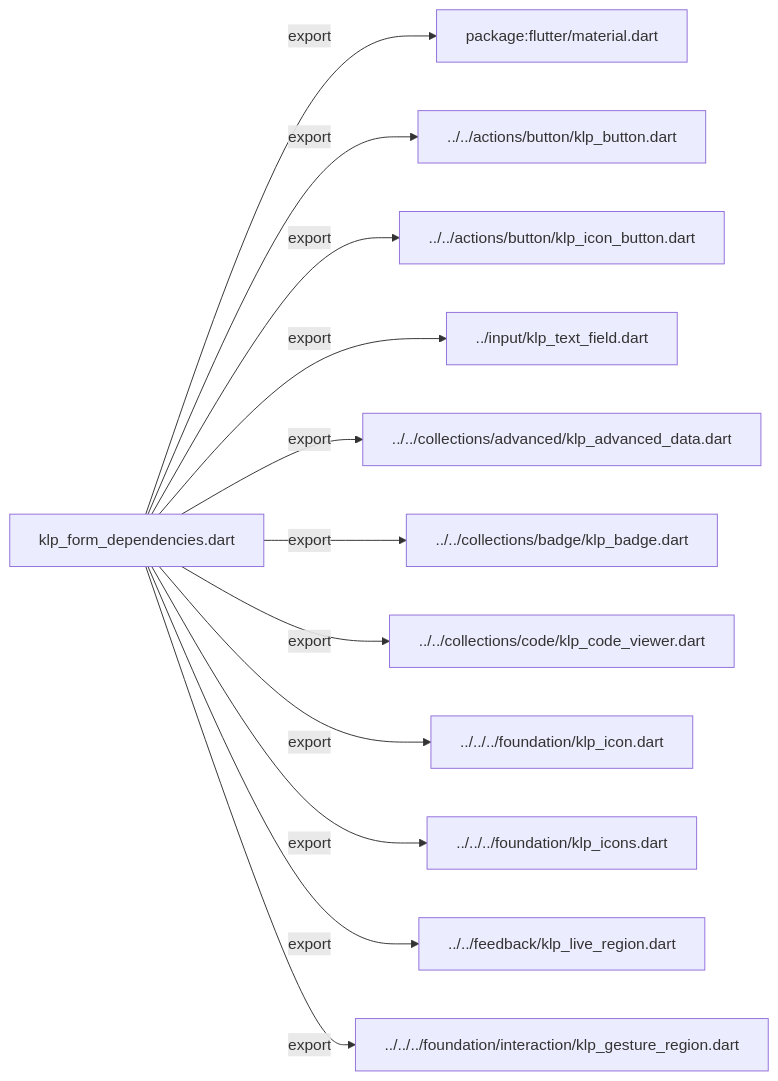
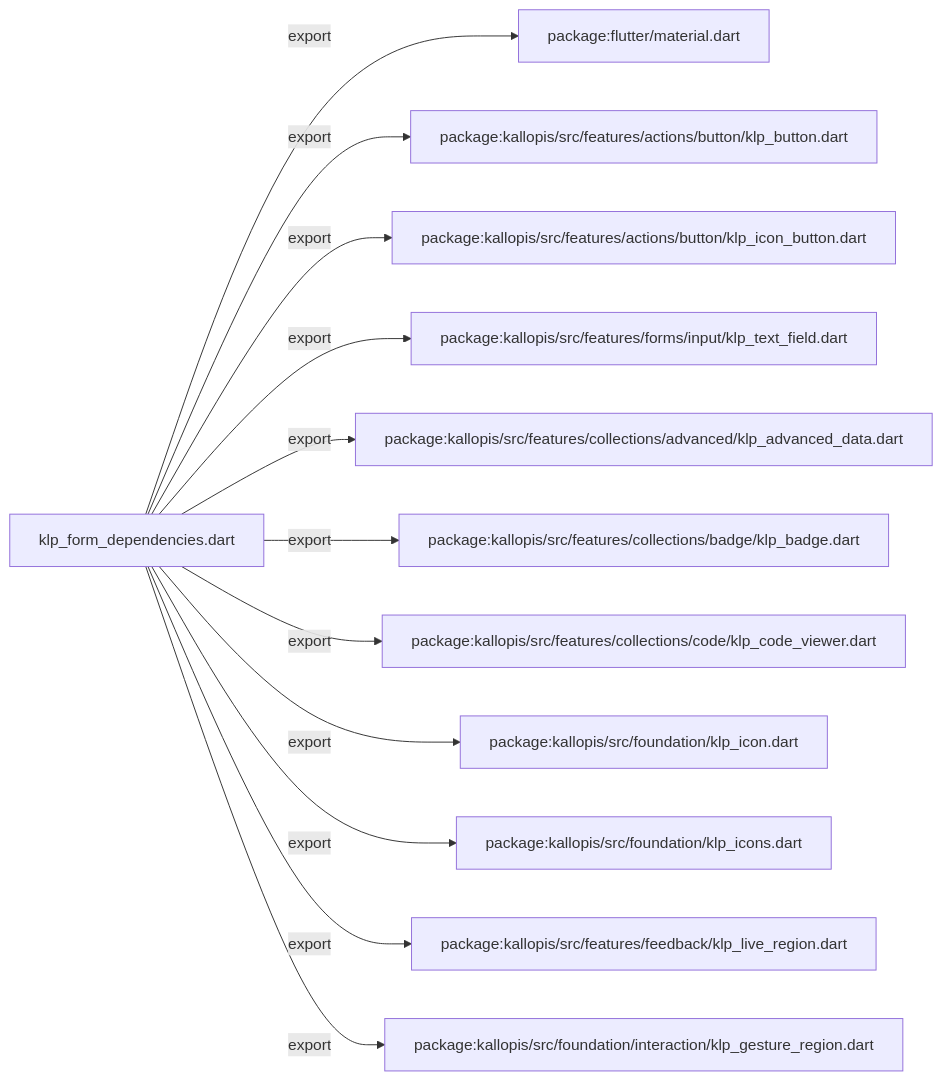
Before and after one commit to MiuDog/Kallopis: the first of 3 diagrams in docs/architecture/src/features/forms/internal/klp_form_dependencies.md, drawn with Mermaid. The commit also changed other lines of this file and 9688 other files, not shown here.

Commit message:
Prepare isolated Flow F2 peer baseline

````diff
--- a/docs/architecture/src/features/forms/internal/klp_form_dependencies.md
+++ b/docs/architecture/src/features/forms/internal/klp_form_dependencies.md
@@ -11,26 +11,26 @@
 ```mermaid
 flowchart LR
 	n0["klp_form_dependencies.dart"]
 	n1["package:flutter/material.dart"]
-	n2["../../actions/button/klp_button.dart"]
-	n3["../../actions/button/klp_icon_button.dart"]
-	n4["../input/klp_text_field.dart"]
-	n5["../../collections/advanced/klp_advanced_data.dart"]
-	n6["../../collections/badge/klp_badge.dart"]
-	n7["../../collections/code/klp_code_viewer.dart"]
-	n8["../../../foundation/klp_icon.dart"]
-	n9["../../../foundation/klp_icons.dart"]
-	n10["../../feedback/klp_live_region.dart"]
-	n11["../../../foundation/interaction/klp_gesture_region.dart"]
+	n2["package:kallopis/src/features/actions/button/klp_button.dart"]
+	n3["package:kallopis/src/features/actions/button/klp_icon_button.dart"]
+	n4["package:kallopis/src/features/forms/input/klp_text_field.dart"]
+	n5["package:kallopis/src/features/collections/advanced/klp_advanced_data.dart"]
+	n6["package:kallopis/src/features/collections/badge/klp_badge.dart"]
+	n7["package:kallopis/src/features/collections/code/klp_code_viewer.dart"]
+	n8["package:kallopis/src/foundation/klp_icon.dart"]
+	n9["package:kallopis/src/foundation/klp_icons.dart"]
+	n10["package:kallopis/src/features/feedback/klp_live_region.dart"]
+	n11["package:kallopis/src/foundation/interaction/klp_gesture_region.dart"]
 	n0 -->|"export"| n1
 	n0 -->|"export"| n2
 	n0 -->|"export"| n3
 	n0 -->|"export"| n4
 	n0 -->|"export"| n5
 	n0 -->|"export"| n6
 	n0 -->|"export"| n7
 	n0 -->|"export"| n8
 	n0 -->|"export"| n9
 	n0 -->|"export"| n10
 	n0 -->|"export"| n11
 ```
````
